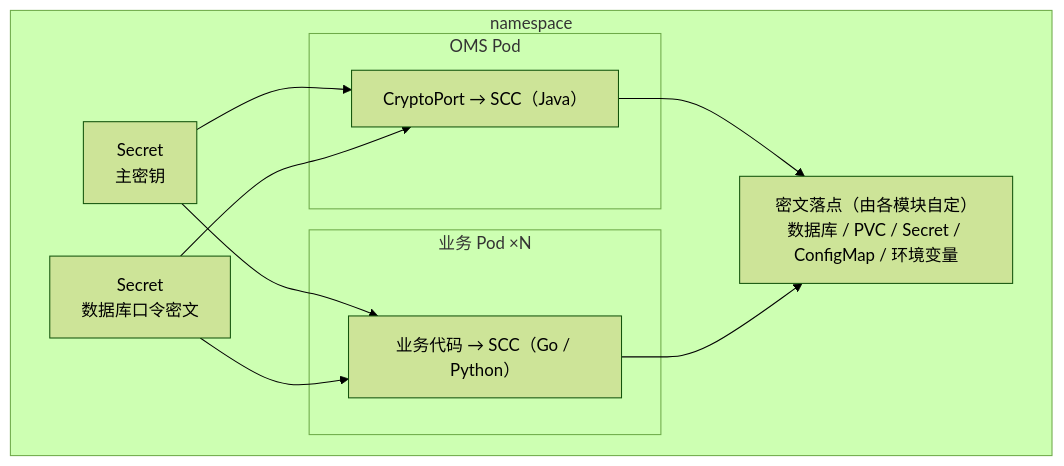
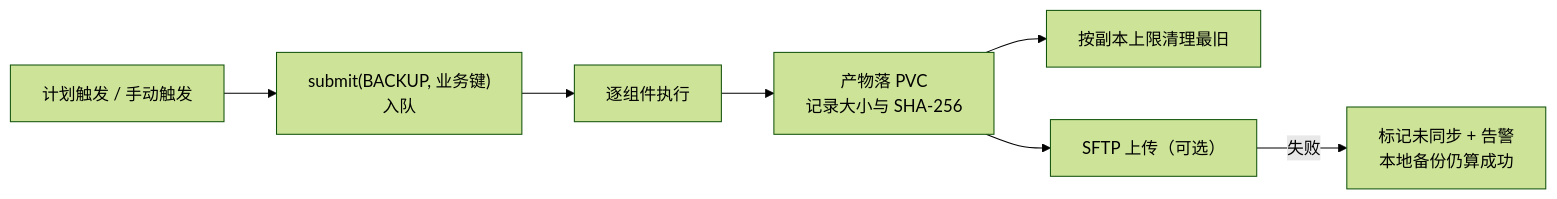
Diagram 13 of 16 in design/OMS-总体设计-精炼版.md (HaoruiSong622/OMS), drawn with Mermaid (forest theme) before and after one commit. The commit also changed other lines of this file and 1 other file, not shown here.

````diff
--- a/design/OMS-总体设计-精炼版.md
+++ b/design/OMS-总体设计-精炼版.md
@@ -923,20 +1072,9 @@
 ```mermaid
-flowchart TB
-  subgraph NS["namespace"]
-    K["Secret<br/>主密钥"]
-    C["Secret<br/>数据库口令密文"]
-    subgraph OMS["OMS Pod"]
-      CP["CryptoPort → SCC（Java）"]
-    end
-    subgraph BIZ["业务 Pod ×N"]
-      BP["业务代码 → SCC（Go / Python）"]
-    end
-    ST["密文落点（由各模块自定）<br/>数据库 / PVC / Secret / ConfigMap / 环境变量"]
-  end
-  K --> CP
-  K --> BP
-  C --> CP
-  C --> BP
-  CP --> ST
-  BP --> ST
+flowchart LR
+  P["计划触发 / 手动触发"] --> Q["submit(BACKUP, 业务键)<br/>入队"]
+  Q --> R["逐组件执行"]
+  R --> F["产物落 PVC<br/>记录大小与 SHA-256"]
+  F --> C["按副本上限清理最旧"]
+  F --> S["SFTP 上传（可选）"]
+  S -->|失败| W["标记未同步 + 告警<br/>本地备份仍算成功"]
 ```
````
